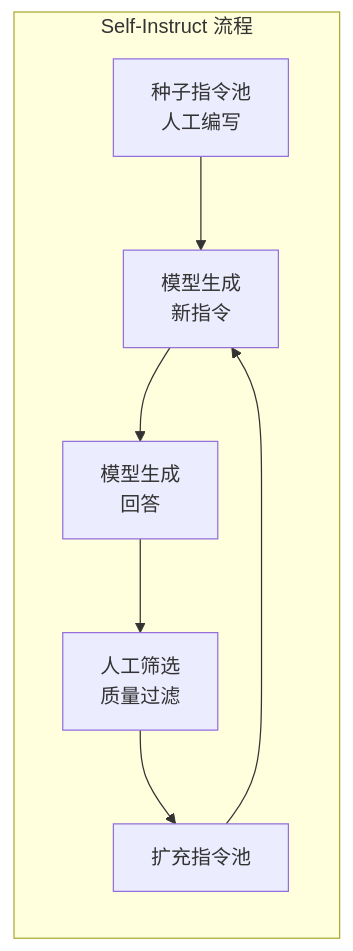
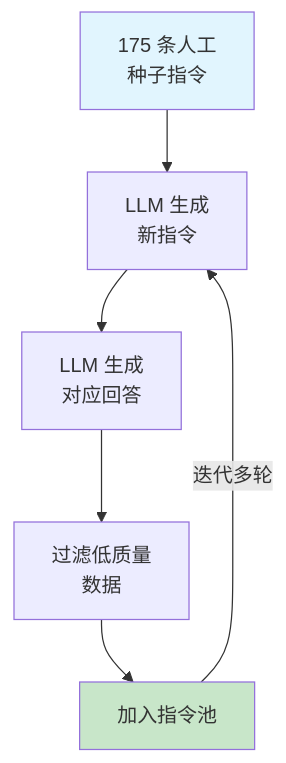
The first of 2 diagrams in docs/language-models/pretraining/supervised-finetuning.md (fenixsoft/dmla), drawn with Mermaid before and after one commit. The commit also changed other lines of this file and 123 other files, not shown here.

````diff
--- a/docs/language-models/pretraining/supervised-finetuning.md
+++ b/docs/language-models/pretraining/supervised-finetuning.md
@@ -218,10 +66,11 @@
 ```mermaid
-graph LR
-    subgraph Self-Instruct 流程
-        S1["种子指令池<br/>人工编写"] --> S2["模型生成<br/>新指令"]
-        S2 --> S3["模型生成<br/>回答"]
-        S3 --> S4["人工筛选<br/>质量过滤"]
-        S4 --> S5["扩充指令池"]
-        S5 --> S2
-    end
+graph TB
+    A["175 条人工<br/>种子指令"] --> B["LLM 生成<br/>新指令"]
+    B --> C["LLM 生成<br/>对应回答"]
+    C --> D["过滤低质量<br/>数据"]
+    D --> E["加入指令池"]
+    E -->|"迭代多轮"| B
+
+    style A fill:#e1f5fe
+    style E fill:#c8e6c9
 ```
````
